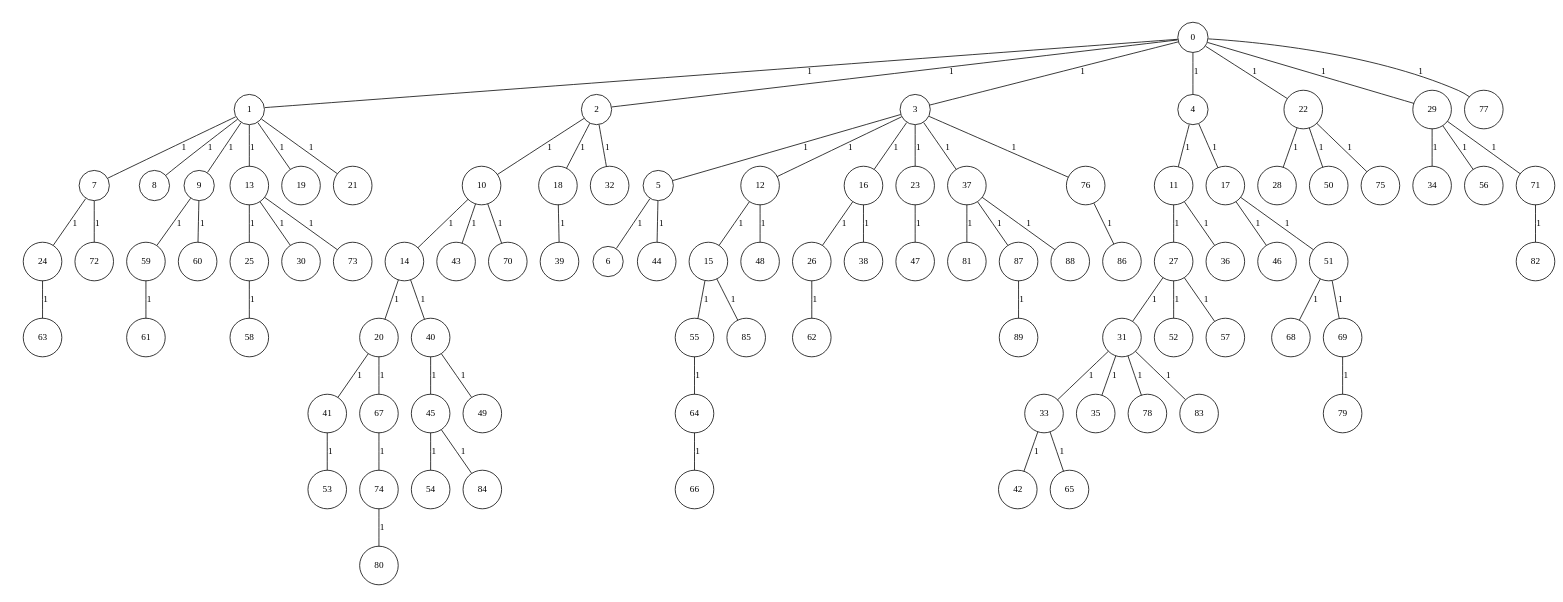
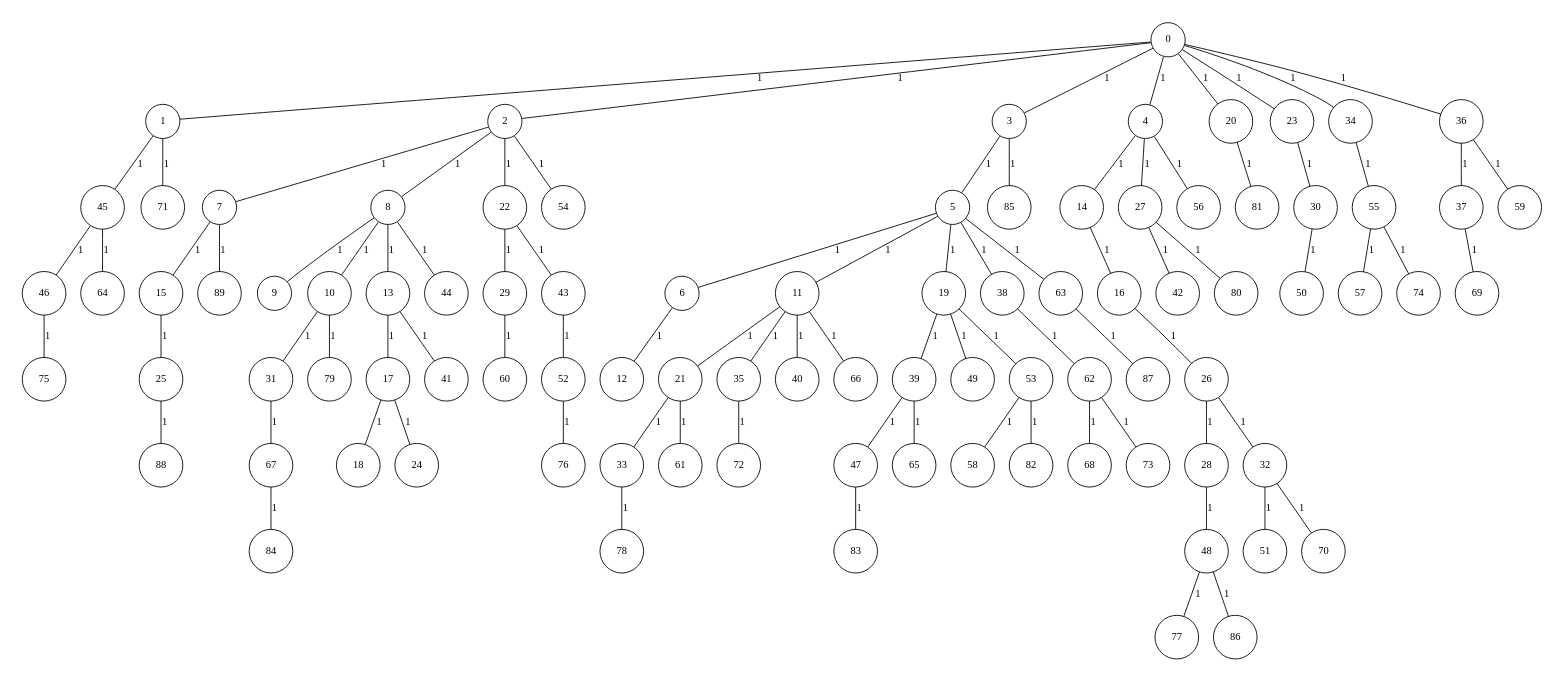
One commit to cardosodg/setcover-grasp changed the diagram in GraphGenerator/input/instGraph_90_0.txt.dot. Above: the diagram before and after it, drawn with Graphviz. The commit also changed 3448 other files, not shown here.

```diff
--- a/GraphGenerator/input/instGraph_90_0.txt.dot
+++ b/GraphGenerator/input/instGraph_90_0.txt.dot
@@ -1,189 +1,189 @@
 graph G {
 size="8.5,11;"
 ratio = "expand;"
 fixedsize="true;"
 overlap="scale;"
 node[shape=circle,width=.12,hight=.12,fontsize=12]
 edge[fontsize=12]
 
-0[label=" 0" color=black, pos="2.8191225,0.21011227!"];
-1[label=" 1" color=black, pos="2.8695265,1.30167!"];
-2[label=" 2" color=black, pos="1.9281184,1.1718984!"];
-3[label=" 3" color=black, pos="1.8430867,2.5298393!"];
-4[label=" 4" color=black, pos="2.9597802,0.22903729!"];
-5[label=" 5" color=black, pos="0.95612223,1.8855125!"];
-6[label=" 6" color=black, pos="2.386537,2.7392248!"];
-7[label=" 7" color=black, pos="1.4030621,2.757096!"];
-8[label=" 8" color=black, pos="2.7885187,0.45367946!"];
-9[label=" 9" color=black, pos="1.036741,0.094563748!"];
-10[label=" 10" color=black, pos="2.5512193,2.5297199!"];
-11[label=" 11" color=black, pos="0.358395,2.0637061!"];
-12[label=" 12" color=black, pos="2.4044611,0.51834432!"];
-13[label=" 13" color=black, pos="2.4242592,0.31727999!"];
-14[label=" 14" color=black, pos="2.9777944,1.8101691!"];
-15[label=" 15" color=black, pos="2.5237731,2.603041!"];
-16[label=" 16" color=black, pos="2.5344734,1.970337!"];
-17[label=" 17" color=black, pos="0.81206994,1.5360737!"];
-18[label=" 18" color=black, pos="2.3313629,0.75759529!"];
-19[label=" 19" color=black, pos="0.12535288,2.0079331!"];
-20[label=" 20" color=black, pos="0.11404487,2.8903973!"];
-21[label=" 21" color=black, pos="0.9301342,1.3491003!"];
-22[label=" 22" color=black, pos="2.2641821,2.288785!"];
-23[label=" 23" color=black, pos="2.7265344,2.100247!"];
-24[label=" 24" color=black, pos="0.94854642,2.8322221!"];
-25[label=" 25" color=black, pos="1.1354847,0.12390561!"];
-26[label=" 26" color=black, pos="1.4340895,0.15660555!"];
-27[label=" 27" color=black, pos="2.7028023,0.089256396!"];
-28[label=" 28" color=black, pos="2.690816,0.35515127!"];
-29[label=" 29" color=black, pos="1.187331,2.5288788!"];
-30[label=" 30" color=black, pos="1.8635208,0.23946833!"];
-31[label=" 31" color=black, pos="0.70948976,0.851063!"];
-32[label=" 32" color=black, pos="0.41029933,1.4186525!"];
-33[label=" 33" color=black, pos="1.051581,0.01263172!"];
-34[label=" 34" color=black, pos="0.42405904,1.0451129!"];
-35[label=" 35" color=black, pos="1.3337759,1.9437086!"];
-36[label=" 36" color=black, pos="1.114023,2.6455422!"];
-37[label=" 37" color=black, pos="2.0031114,1.7528672!"];
-38[label=" 38" color=black, pos="1.9920847,2.4566875!"];
-39[label=" 39" color=black, pos="2.3320509,0.35961069!"];
-40[label=" 40" color=black, pos="0.99103559,0.28813426!"];
-41[label=" 41" color=black, pos="1.3208214,0.52828709!"];
-42[label=" 42" color=black, pos="1.4700033,1.8717418!"];
-43[label=" 43" color=black, pos="1.7077693,0.82837111!"];
-44[label=" 44" color=black, pos="2.1143102,1.1231465!"];
-45[label=" 45" color=black, pos="2.6483343,0.98405386!"];
-46[label=" 46" color=black, pos="2.8683492,2.3419935!"];
-47[label=" 47" color=black, pos="1.7484918,1.9427502!"];
-48[label=" 48" color=black, pos="2.4798674,2.782144!"];
-49[label=" 49" color=black, pos="2.5316505,2.5455692!"];
-50[label=" 50" color=black, pos="2.8838311,0.80543291!"];
-51[label=" 51" color=black, pos="1.2327614,2.4133928!"];
-52[label=" 52" color=black, pos="2.1077173,0.46449329!"];
-53[label=" 53" color=black, pos="0.41255288,2.3964706!"];
-54[label=" 54" color=black, pos="1.8892885,1.4813021!"];
-55[label=" 55" color=black, pos="1.4400683,0.37730764!"];
-56[label=" 56" color=black, pos="0.65493688,1.7206245!"];
-57[label=" 57" color=black, pos="1.4698826,1.1882411!"];
-58[label=" 58" color=black, pos="1.6835048,2.9453141!"];
-59[label=" 59" color=black, pos="2.627478,2.2633378!"];
-60[label=" 60" color=black, pos="0.89524608,2.4912469!"];
-61[label=" 61" color=black, pos="1.1763783,2.588701!"];
-62[label=" 62" color=black, pos="0.62618151,2.703447!"];
-63[label=" 63" color=black, pos="0.49405554,2.9861855!"];
-64[label=" 64" color=black, pos="0.24020625,0.33557979!"];
-65[label=" 65" color=black, pos="0.97300375,0.06380258!"];
-66[label=" 66" color=black, pos="0.51749492,2.5727747!"];
-67[label=" 67" color=black, pos="0.36782353,1.8801683!"];
-68[label=" 68" color=black, pos="0.56394368,1.5708686!"];
-69[label=" 69" color=black, pos="2.2591326,0.8059887!"];
-70[label=" 70" color=black, pos="2.2295728,0.95156393!"];
-71[label=" 71" color=black, pos="0.59019036,0.87262071!"];
-72[label=" 72" color=black, pos="0.64455943,1.5404855!"];
-73[label=" 73" color=black, pos="1.7320214,2.2740717!"];
-74[label=" 74" color=black, pos="0.61340473,0.39448928!"];
-75[label=" 75" color=black, pos="0.68295898,1.2442979!"];
-76[label=" 76" color=black, pos="0.64607277,0.98722461!"];
-77[label=" 77" color=black, pos="1.974736,0.79051956!"];
-78[label=" 78" color=black, pos="2.302649,1.9279371!"];
-79[label=" 79" color=black, pos="1.6798329,1.723236!"];
-80[label=" 80" color=black, pos="1.0087583,1.9419555!"];
-81[label=" 81" color=black, pos="0.86800952,2.990296!"];
-82[label=" 82" color=black, pos="2.0628737,2.4626425!"];
-83[label=" 83" color=black, pos="1.6594429,1.9927353!"];
-84[label=" 84" color=black, pos="1.5221068,0.21072104!"];
-85[label=" 85" color=black, pos="1.7731732,0.7011516!"];
-86[label=" 86" color=black, pos="0.7433241,0.96866158!"];
-87[label=" 87" color=black, pos="1.4296464,2.7475494!"];
-88[label=" 88" color=black, pos="1.955619,0.1791844!"];
-89[label=" 89" color=black, pos="2.9055321,2.3050428!"];
+0[label=" 0" color=black, pos="1.8233583,2.6825465!"];
+1[label=" 1" color=black, pos="2.8650944,1.7947486!"];
+2[label=" 2" color=black, pos="1.8407802,1.7861145!"];
+3[label=" 3" color=black, pos="1.3316014,2.9116383!"];
+4[label=" 4" color=black, pos="1.5429302,2.4038042!"];
+5[label=" 5" color=black, pos="0.15398126,2.3334208!"];
+6[label=" 6" color=black, pos="2.26568,0.28321302!"];
+7[label=" 7" color=black, pos="1.9070366,0.44108216!"];
+8[label=" 8" color=black, pos="0.10682441,1.9680479!"];
+9[label=" 9" color=black, pos="2.3858651,2.0852678!"];
+10[label=" 10" color=black, pos="2.7940851,0.55586705!"];
+11[label=" 11" color=black, pos="0.45930071,2.7749532!"];
+12[label=" 12" color=black, pos="1.5955913,2.9930805!"];
+13[label=" 13" color=black, pos="1.3855846,1.0632182!"];
+14[label=" 14" color=black, pos="2.0944446,1.4828383!"];
+15[label=" 15" color=black, pos="2.1749466,2.7318762!"];
+16[label=" 16" color=black, pos="1.0475492,2.2536898!"];
+17[label=" 17" color=black, pos="1.4627205,0.66005956!"];
+18[label=" 18" color=black, pos="0.2103398,2.382492!"];
+19[label=" 19" color=black, pos="1.6834319,0.67187142!"];
+20[label=" 20" color=black, pos="2.3362025,0.028595737!"];
+21[label=" 21" color=black, pos="0.99145316,2.3730517!"];
+22[label=" 22" color=black, pos="2.4382452,1.087379!"];
+23[label=" 23" color=black, pos="1.7798106,2.8949629!"];
+24[label=" 24" color=black, pos="0.51917919,2.260774!"];
+25[label=" 25" color=black, pos="1.4876102,0.23870523!"];
+26[label=" 26" color=black, pos="0.1367602,0.36759054!"];
+27[label=" 27" color=black, pos="0.77864247,1.0992153!"];
+28[label=" 28" color=black, pos="1.7044138,0.83663213!"];
+29[label=" 29" color=black, pos="0.21962504,1.7817648!"];
+30[label=" 30" color=black, pos="0.065573949,0.27106213!"];
+31[label=" 31" color=black, pos="2.6883989,1.6727443!"];
+32[label=" 32" color=black, pos="0.31467766,0.18947781!"];
+33[label=" 33" color=black, pos="1.8543519,2.5002379!"];
+34[label=" 34" color=black, pos="2.0493803,1.8113042!"];
+35[label=" 35" color=black, pos="1.9072904,0.94286775!"];
+36[label=" 36" color=black, pos="0.038330575,0.30757121!"];
+37[label=" 37" color=black, pos="2.9891838,1.9158259!"];
+38[label=" 38" color=black, pos="0.95847973,1.9001422!"];
+39[label=" 39" color=black, pos="0.35291303,1.8544568!"];
+40[label=" 40" color=black, pos="2.5064048,2.4698786!"];
+41[label=" 41" color=black, pos="1.4721176,0.35186871!"];
+42[label=" 42" color=black, pos="1.837945,1.3495207!"];
+43[label=" 43" color=black, pos="1.0736924,2.3569396!"];
+44[label=" 44" color=black, pos="1.0718883,0.36997861!"];
+45[label=" 45" color=black, pos="1.7538468,1.1158298!"];
+46[label=" 46" color=black, pos="1.4726925,0.3592052!"];
+47[label=" 47" color=black, pos="1.5888585,0.49319625!"];
+48[label=" 48" color=black, pos="2.2575966,0.4560199!"];
+49[label=" 49" color=black, pos="0.93319135,0.25121214!"];
+50[label=" 50" color=black, pos="2.9710615,0.51637171!"];
+51[label=" 51" color=black, pos="2.8931213,2.1567769!"];
+52[label=" 52" color=black, pos="1.5378222,2.0260817!"];
+53[label=" 53" color=black, pos="1.81256,2.0039955!"];
+54[label=" 54" color=black, pos="2.1578835,0.11085812!"];
+55[label=" 55" color=black, pos="0.57686271,0.84200526!"];
+56[label=" 56" color=black, pos="2.5671292,2.5641735!"];
+57[label=" 57" color=black, pos="1.1059138,2.2714569!"];
+58[label=" 58" color=black, pos="0.41611847,2.1217292!"];
+59[label=" 59" color=black, pos="2.6611399,2.2742494!"];
+60[label=" 60" color=black, pos="2.8052617,2.4906311!"];
+61[label=" 61" color=black, pos="0.44224261,0.90307423!"];
+62[label=" 62" color=black, pos="0.85782731,1.3468681!"];
+63[label=" 63" color=black, pos="0.61798671,2.2691493!"];
+64[label=" 64" color=black, pos="2.4868985,2.6854365!"];
+65[label=" 65" color=black, pos="2.6487084,0.66978759!"];
+66[label=" 66" color=black, pos="2.7447219,1.3740667!"];
+67[label=" 67" color=black, pos="1.0700229,0.60482388!"];
+68[label=" 68" color=black, pos="0.94864717,1.4931063!"];
+69[label=" 69" color=black, pos="0.59008154,1.9910159!"];
+70[label=" 70" color=black, pos="1.4101128,2.8825989!"];
+71[label=" 71" color=black, pos="1.5267574,2.2132155!"];
+72[label=" 72" color=black, pos="1.985071,2.6064682!"];
+73[label=" 73" color=black, pos="1.8555452,0.69860633!"];
+74[label=" 74" color=black, pos="2.0677726,1.0061289!"];
+75[label=" 75" color=black, pos="0.72098907,1.0130801!"];
+76[label=" 76" color=black, pos="0.70640774,1.060526!"];
+77[label=" 77" color=black, pos="0.90236684,1.7443981!"];
+78[label=" 78" color=black, pos="1.3894259,2.3405792!"];
+79[label=" 79" color=black, pos="0.7787452,0.9298392!"];
+80[label=" 80" color=black, pos="1.4524466,1.3975956!"];
+81[label=" 81" color=black, pos="0.81256318,1.908259!"];
+82[label=" 82" color=black, pos="1.168875,2.0181313!"];
+83[label=" 83" color=black, pos="2.5253407,0.55950027!"];
+84[label=" 84" color=black, pos="1.5373977,0.52823769!"];
+85[label=" 85" color=black, pos="2.6715682,0.75224423!"];
+86[label=" 86" color=black, pos="1.8996329,0.97717747!"];
+87[label=" 87" color=black, pos="2.6466182,1.4421943!"];
+88[label=" 88" color=black, pos="1.4433241,2.4070566!"];
+89[label=" 89" color=black, pos="2.9359918,1.136223!"];
 0--1[label="1"]
 0--2[label="1"]
 0--3[label="1"]
 0--4[label="1"]
-0--22[label="1"]
-0--29[label="1"]
-0--77[label="1"]
-1--7[label="1"]
-1--8[label="1"]
-1--9[label="1"]
-1--13[label="1"]
-1--19[label="1"]
-1--21[label="1"]
-2--10[label="1"]
-2--18[label="1"]
-2--32[label="1"]
+0--20[label="1"]
+0--23[label="1"]
+0--34[label="1"]
+0--36[label="1"]
+1--45[label="1"]
+1--71[label="1"]
+2--7[label="1"]
+2--8[label="1"]
+2--22[label="1"]
+2--54[label="1"]
 3--5[label="1"]
-3--12[label="1"]
-3--16[label="1"]
-3--23[label="1"]
-3--37[label="1"]
-3--76[label="1"]
-4--11[label="1"]
-4--17[label="1"]
+3--85[label="1"]
+4--14[label="1"]
+4--27[label="1"]
+4--56[label="1"]
 5--6[label="1"]
-5--44[label="1"]
-7--24[label="1"]
-7--72[label="1"]
-9--59[label="1"]
-9--60[label="1"]
-10--14[label="1"]
-10--43[label="1"]
-10--70[label="1"]
-11--27[label="1"]
-11--36[label="1"]
-12--15[label="1"]
-12--48[label="1"]
-13--25[label="1"]
-13--30[label="1"]
-13--73[label="1"]
-14--20[label="1"]
-14--40[label="1"]
-15--55[label="1"]
-15--85[label="1"]
+5--11[label="1"]
+5--19[label="1"]
+5--38[label="1"]
+5--63[label="1"]
+6--12[label="1"]
+7--15[label="1"]
+7--89[label="1"]
+8--9[label="1"]
+8--10[label="1"]
+8--13[label="1"]
+8--44[label="1"]
+10--31[label="1"]
+10--79[label="1"]
+11--21[label="1"]
+11--35[label="1"]
+11--40[label="1"]
+11--66[label="1"]
+13--17[label="1"]
+13--41[label="1"]
+14--16[label="1"]
+15--25[label="1"]
 16--26[label="1"]
-16--38[label="1"]
-17--46[label="1"]
-17--51[label="1"]
-18--39[label="1"]
-20--41[label="1"]
-20--67[label="1"]
-22--28[label="1"]
-22--50[label="1"]
-22--75[label="1"]
-23--47[label="1"]
-24--63[label="1"]
-25--58[label="1"]
-26--62[label="1"]
-27--31[label="1"]
-27--52[label="1"]
-27--57[label="1"]
-29--34[label="1"]
-29--56[label="1"]
-29--71[label="1"]
-31--33[label="1"]
-31--35[label="1"]
-31--78[label="1"]
-31--83[label="1"]
-33--42[label="1"]
-33--65[label="1"]
-37--81[label="1"]
-37--87[label="1"]
-37--88[label="1"]
-40--45[label="1"]
-40--49[label="1"]
-41--53[label="1"]
-45--54[label="1"]
-45--84[label="1"]
-51--68[label="1"]
-51--69[label="1"]
-55--64[label="1"]
-59--61[label="1"]
-64--66[label="1"]
-67--74[label="1"]
-69--79[label="1"]
-71--82[label="1"]
-74--80[label="1"]
-76--86[label="1"]
-87--89[label="1"]
+17--18[label="1"]
+17--24[label="1"]
+19--39[label="1"]
+19--49[label="1"]
+19--53[label="1"]
+20--81[label="1"]
+21--33[label="1"]
+21--61[label="1"]
+22--29[label="1"]
+22--43[label="1"]
+23--30[label="1"]
+25--88[label="1"]
+26--28[label="1"]
+26--32[label="1"]
+27--42[label="1"]
+27--80[label="1"]
+28--48[label="1"]
+29--60[label="1"]
+30--50[label="1"]
+31--67[label="1"]
+32--51[label="1"]
+32--70[label="1"]
+33--78[label="1"]
+34--55[label="1"]
+35--72[label="1"]
+36--37[label="1"]
+36--59[label="1"]
+37--69[label="1"]
+38--62[label="1"]
+39--47[label="1"]
+39--65[label="1"]
+43--52[label="1"]
+45--46[label="1"]
+45--64[label="1"]
+46--75[label="1"]
+47--83[label="1"]
+48--77[label="1"]
+48--86[label="1"]
+52--76[label="1"]
+53--58[label="1"]
+53--82[label="1"]
+55--57[label="1"]
+55--74[label="1"]
+62--68[label="1"]
+62--73[label="1"]
+63--87[label="1"]
+67--84[label="1"]
 
 }
```
